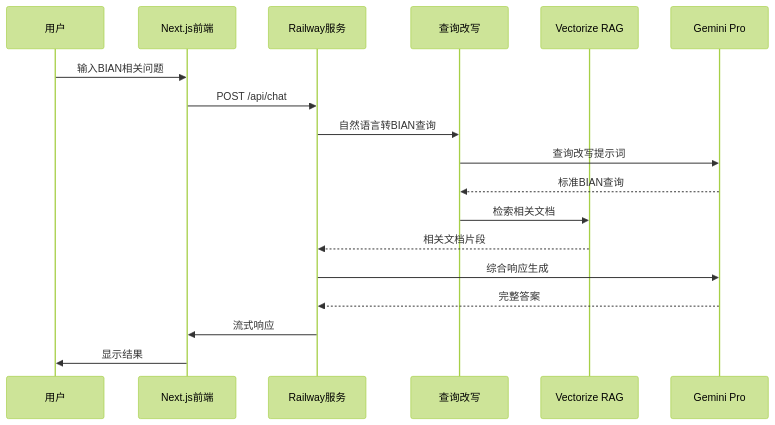
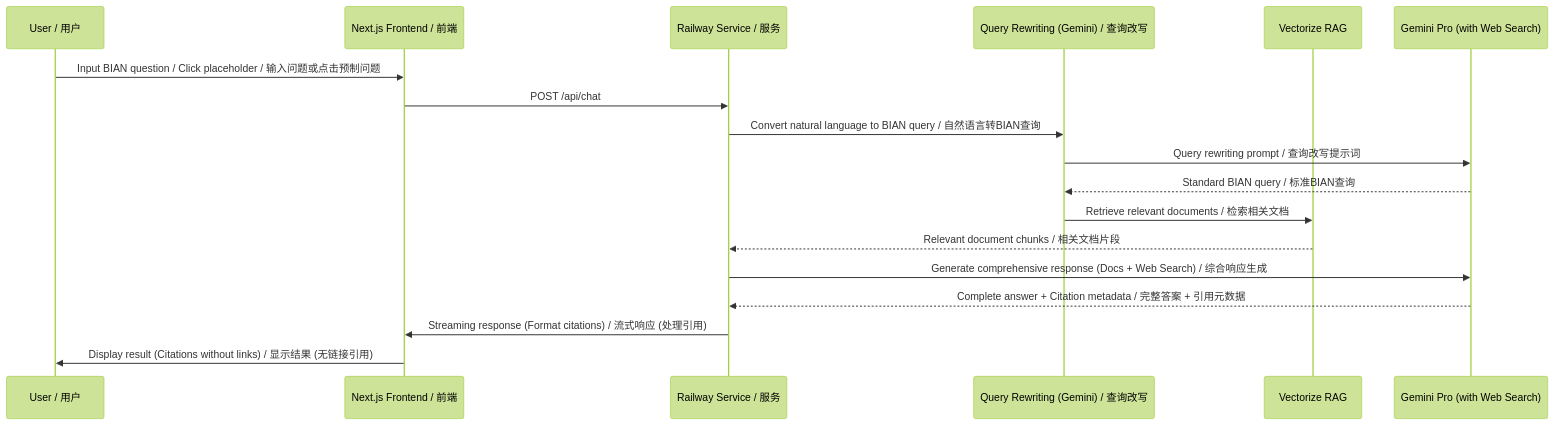
Before and after one commit to sztimhdd/AI_BIAN: the second of 3 diagrams in README.md, drawn with Mermaid (forest theme). The commit also changed other lines of this file, not shown here.

````diff
--- a/README.md
+++ b/README.md
@@ -22,21 +27,21 @@
 ```mermaid
 sequenceDiagram
-    participant U as 用户
-    participant F as Next.js前端
-    participant R as Railway服务
-    participant Q as 查询改写
+    participant U as User / 用户
+    participant F as Next.js Frontend / 前端
+    participant R as Railway Service / 服务
+    participant Q as Query Rewriting (Gemini) / 查询改写
     participant V as Vectorize RAG
-    participant G as Gemini Pro
+    participant G as Gemini Pro (with Web Search)
 
-    U->>F: 输入BIAN相关问题
+    U->>F: Input BIAN question / Click placeholder / 输入问题或点击预制问题
     F->>R: POST /api/chat
-    R->>Q: 自然语言转BIAN查询
-    Q->>G: 查询改写提示词
-    G-->>Q: 标准BIAN查询
-    Q->>V: 检索相关文档
-    V-->>R: 相关文档片段
-    R->>G: 综合响应生成
-    G-->>R: 完整答案
-    R->>F: 流式响应
-    F->>U: 显示结果
+    R->>Q: Convert natural language to BIAN query / 自然语言转BIAN查询
+    Q->>G: Query rewriting prompt / 查询改写提示词
+    G-->>Q: Standard BIAN query / 标准BIAN查询
+    Q->>V: Retrieve relevant documents / 检索相关文档
+    V-->>R: Relevant document chunks / 相关文档片段
+    R->>G: Generate comprehensive response (Docs + Web Search) / 综合响应生成
+    G-->>R: Complete answer + Citation metadata / 完整答案 + 引用元数据
+    R->>F: Streaming response (Format citations) / 流式响应 (处理引用)
+    F->>U: Display result (Citations without links) / 显示结果 (无链接引用)
 ```
````
